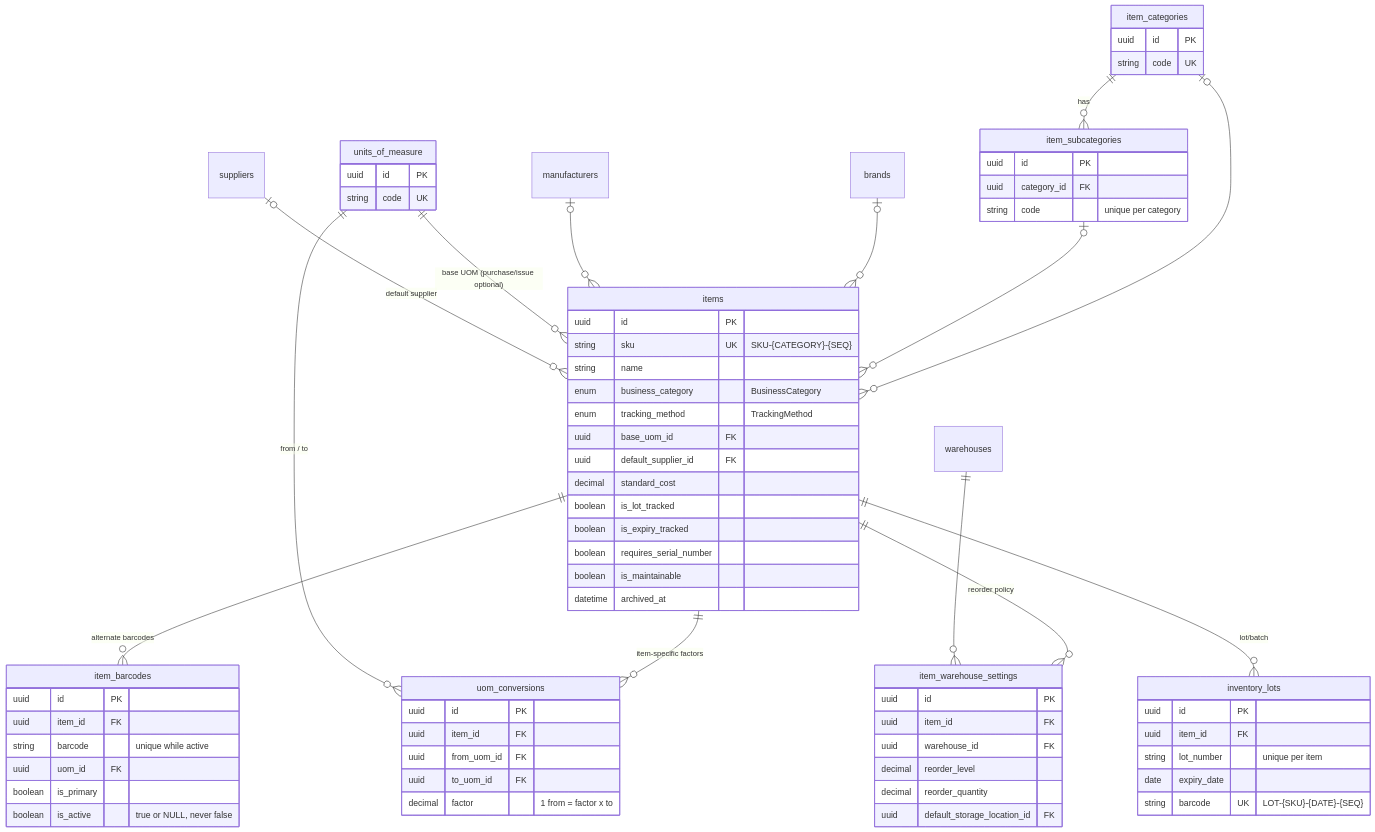
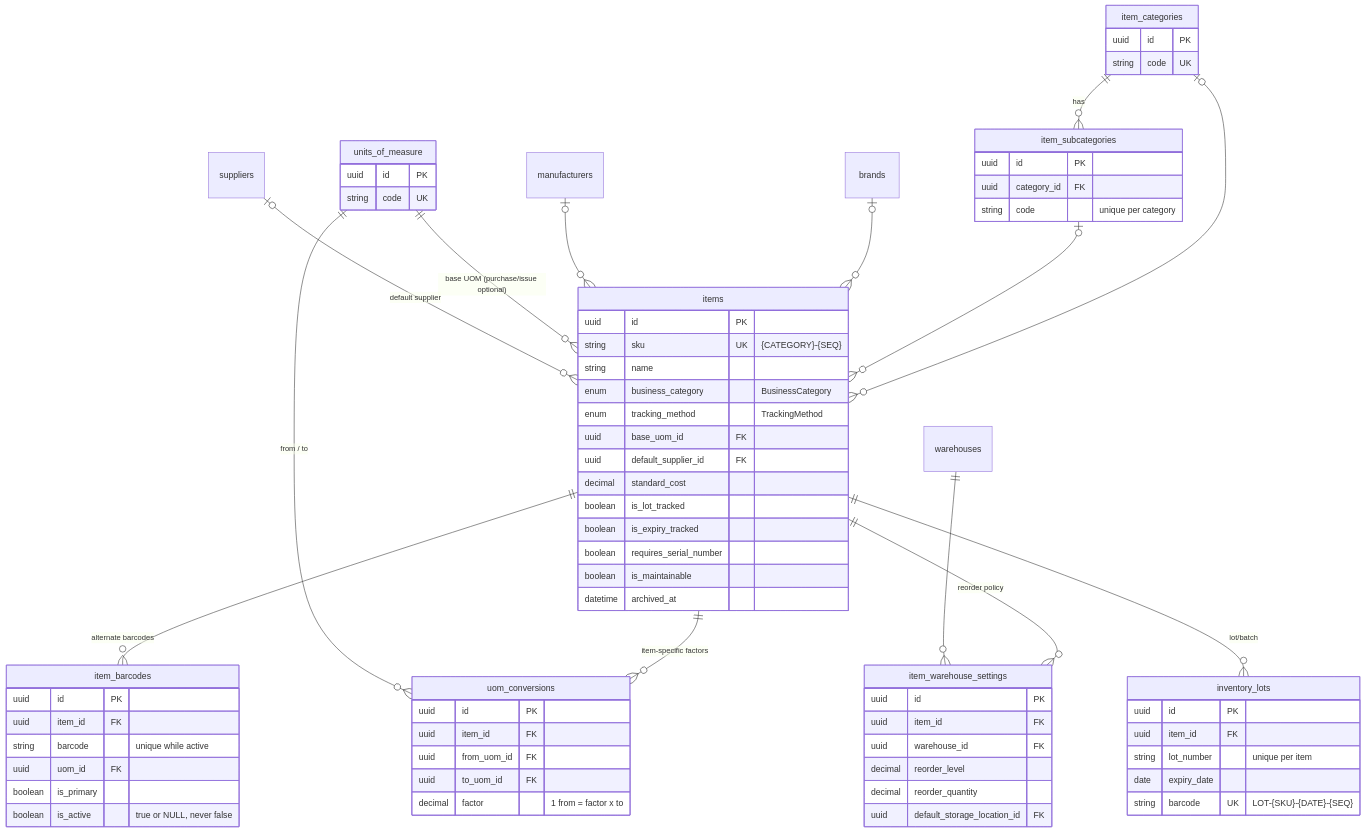
The third of 9 diagrams in docs/erd.md (tiiim1111/gem-ERP), drawn with Mermaid before and after one commit. The commit also changed 9 other files, not shown here.

````diff
--- a/docs/erd.md
+++ b/docs/erd.md
@@ -187,75 +187,75 @@
 ```mermaid
 erDiagram
   item_categories ||--o{ item_subcategories : "has"
   item_categories |o--o{ items : ""
   item_subcategories |o--o{ items : ""
   brands |o--o{ items : ""
   manufacturers |o--o{ items : ""
   units_of_measure ||--o{ items : "base UOM (purchase/issue optional)"
   suppliers |o--o{ items : "default supplier"
   items ||--o{ uom_conversions : "item-specific factors"
   units_of_measure ||--o{ uom_conversions : "from / to"
   items ||--o{ item_barcodes : "alternate barcodes"
   items ||--o{ item_warehouse_settings : "reorder policy"
   warehouses ||--o{ item_warehouse_settings : ""
   items ||--o{ inventory_lots : "lot/batch"
 
   items {
     uuid id PK
-    string sku UK "SKU-{CATEGORY}-{SEQ}"
+    string sku UK "{CATEGORY}-{SEQ}"
     string name
     enum business_category "BusinessCategory"
     enum tracking_method "TrackingMethod"
     uuid base_uom_id FK
     uuid default_supplier_id FK
     decimal standard_cost
     boolean is_lot_tracked
     boolean is_expiry_tracked
     boolean requires_serial_number
     boolean is_maintainable
     datetime archived_at
   }
   item_categories {
     uuid id PK
     string code UK
   }
   item_subcategories {
     uuid id PK
     uuid category_id FK
     string code "unique per category"
   }
   units_of_measure {
     uuid id PK
     string code UK
   }
   uom_conversions {
     uuid id PK
     uuid item_id FK
     uuid from_uom_id FK
     uuid to_uom_id FK
     decimal factor "1 from = factor x to"
   }
   item_barcodes {
     uuid id PK
     uuid item_id FK
     string barcode "unique while active"
     uuid uom_id FK
     boolean is_primary
     boolean is_active "true or NULL, never false"
   }
   item_warehouse_settings {
     uuid id PK
     uuid item_id FK
     uuid warehouse_id FK
     decimal reorder_level
     decimal reorder_quantity
     uuid default_storage_location_id FK
   }
   inventory_lots {
     uuid id PK
     uuid item_id FK
     string lot_number "unique per item"
     date expiry_date
     string barcode UK "LOT-{SKU}-{DATE}-{SEQ}"
   }
 ```
````
